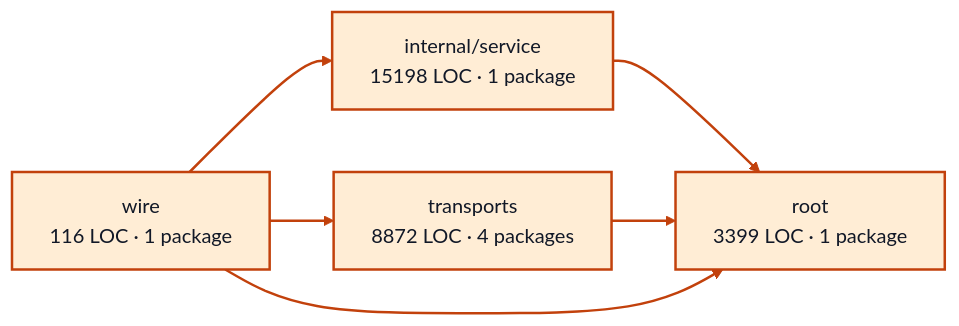
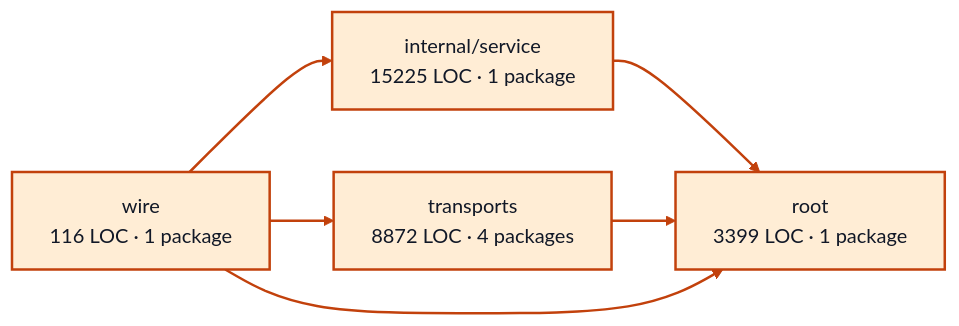
One commit to portpowered/you-agent-factory changed the diagram in docs/architecture/visualizations/services/worker_sessions.md. Above: the diagram before and after it, drawn with Mermaid. The commit also changed other lines of this file and 21 other files, not shown here.

Commit message:
docs: refresh backend architecture visualizations

````diff
--- a/docs/architecture/visualizations/services/worker_sessions.md
+++ b/docs/architecture/visualizations/services/worker_sessions.md
@@ -11,17 +11,17 @@
 ```mermaid
 flowchart LR
-  p0["internal/service<br/>15198 LOC · 1 package"]
+  p0["internal/service<br/>15225 LOC · 1 package"]
   p1["root<br/>3399 LOC · 1 package"]
   p2["transports<br/>8872 LOC · 4 packages"]
   p3["wire<br/>116 LOC · 1 package"]
   p0 --> p1
   p2 --> p1
   p3 --> p0
   p3 --> p1
   p3 --> p2
   style p0 fill:#ffedd5,stroke:#c2410c,stroke-width:2px,color:#111827
   style p1 fill:#ffedd5,stroke:#c2410c,stroke-width:2px,color:#111827
   style p2 fill:#ffedd5,stroke:#c2410c,stroke-width:2px,color:#111827
   style p3 fill:#ffedd5,stroke:#c2410c,stroke-width:2px,color:#111827
   linkStyle default stroke:#c2410c,stroke-width:2px
 ```
````
